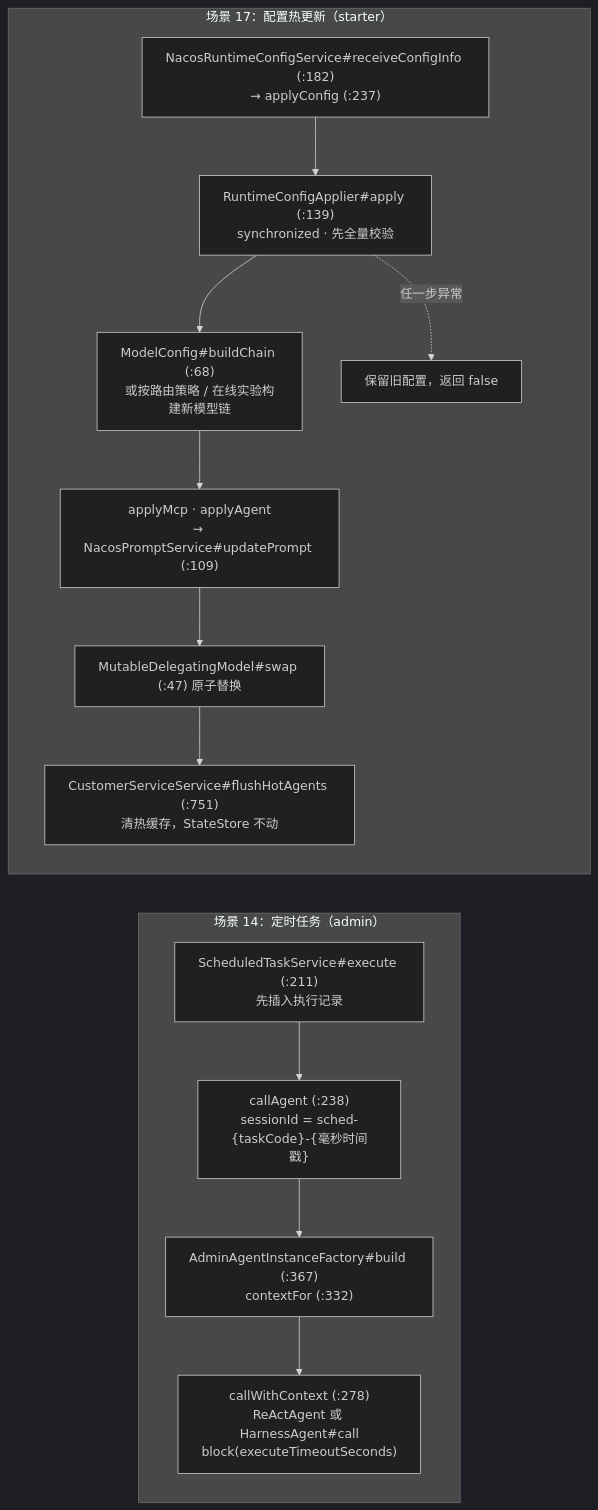
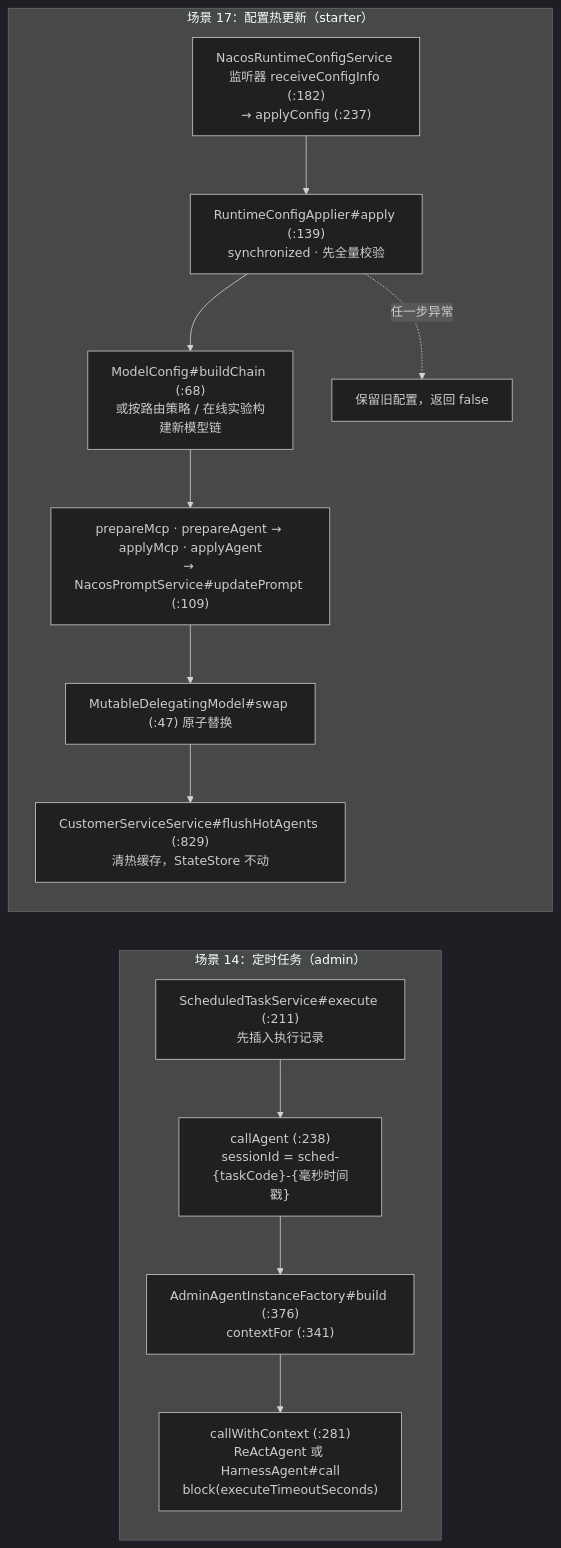
The eighth of 8 diagrams in 09-customer_work场景全景映射.md (liulangjietou/AgentScope-source-analysis), drawn with Mermaid (dark theme) before and after one commit. The commit also changed other lines of this file, not shown here.

Commit message:
docs(ch09): sync customer_work scene mapping to customer_work 17007e4a

````diff
--- a/09-customer_work场景全景映射.md
+++ b/09-customer_work场景全景映射.md
@@ -203,16 +239,16 @@
 ```mermaid
 flowchart LR
     subgraph S14["场景 14：定时任务（admin）"]
         T1["ScheduledTaskService#execute (:211)<br/>先插入执行记录"] --> T2["callAgent (:238)<br/>sessionId = sched-{taskCode}-{毫秒时间戳}"]
-        T2 --> T3["AdminAgentInstanceFactory#build (:367)<br/>contextFor (:332)"]
-        T3 --> T4["callWithContext (:278)<br/>ReActAgent 或 HarnessAgent#call<br/>block(executeTimeoutSeconds)"]
+        T2 --> T3["AdminAgentInstanceFactory#build (:376)<br/>contextFor (:341)"]
+        T3 --> T4["callWithContext (:281)<br/>ReActAgent 或 HarnessAgent#call<br/>block(executeTimeoutSeconds)"]
     end
     subgraph S17["场景 17：配置热更新（starter）"]
-        H1["NacosRuntimeConfigService#receiveConfigInfo (:182)<br/>→ applyConfig (:237)"] --> H2["RuntimeConfigApplier#apply (:139)<br/>synchronized · 先全量校验"]
+        H1["NacosRuntimeConfigService 监听器 receiveConfigInfo (:182)<br/>→ applyConfig (:237)"] --> H2["RuntimeConfigApplier#apply (:139)<br/>synchronized · 先全量校验"]
         H2 --> H3["ModelConfig#buildChain (:68)<br/>或按路由策略 / 在线实验构建新模型链"]
-        H3 --> H4["applyMcp · applyAgent<br/>→ NacosPromptService#updatePrompt (:109)"]
+        H3 --> H4["prepareMcp · prepareAgent → applyMcp · applyAgent<br/>→ NacosPromptService#updatePrompt (:109)"]
         H4 --> H5["MutableDelegatingModel#swap (:47) 原子替换"]
-        H5 --> H6["CustomerServiceService#flushHotAgents (:751)<br/>清热缓存，StateStore 不动"]
+        H5 --> H6["CustomerServiceService#flushHotAgents (:829)<br/>清热缓存，StateStore 不动"]
         H2 -.->|"任一步异常"| H7["保留旧配置，返回 false"]
     end
 ```
````
